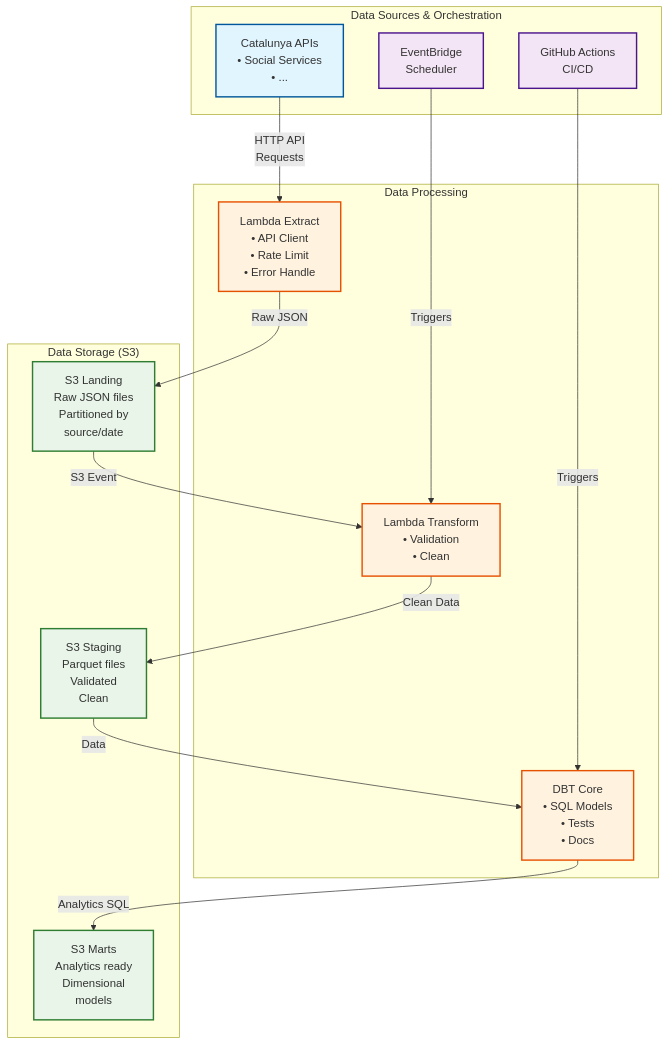
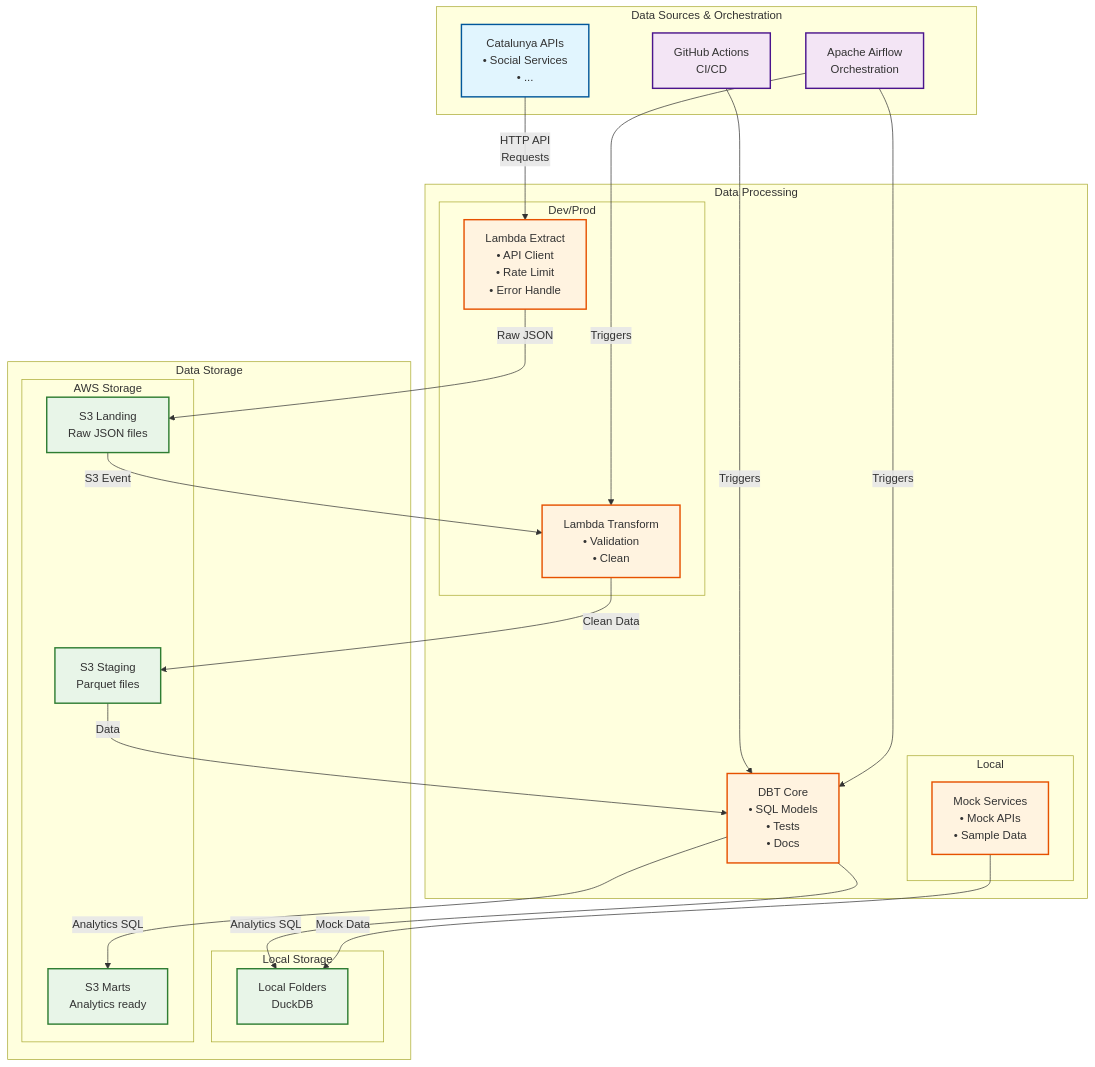
The diagram in docs/architecture.md (vmchura/CloudGentGran), drawn with Mermaid before and after one commit. The commit also changed other lines of this file and 3 other files, not shown here.

````diff
--- a/docs/architecture.md
+++ b/docs/architecture.md
@@ -10,46 +32,62 @@
 ```mermaid
 graph TB
     %% Top Row - Sources and Orchestration
     subgraph "Data Sources & Orchestration"
         API[Catalunya APIs<br/>• Social Services<br/>• ...]
-        EB[EventBridge<br/>Scheduler]
+        AF[Apache Airflow<br/>Orchestration]
         GHA[GitHub Actions<br/>CI/CD]
     end
     
     %% Middle Row - Processing
     subgraph "Data Processing"
-        LE[Lambda Extract<br/>• API Client<br/>• Rate Limit<br/>• Error Handle]
-        LT[Lambda Transform<br/>• Validation<br/>• Clean]
+        subgraph "Local"
+            LM[Mock Services<br/>• Mock APIs<br/>• Sample Data]
+        end
+        subgraph "Dev/Prod"
+            LE[Lambda Extract<br/>• API Client<br/>• Rate Limit<br/>• Error Handle]
+            LT[Lambda Transform<br/>• Validation<br/>• Clean]
+        end
         DBT[DBT Core<br/>• SQL Models<br/>• Tests<br/>• Docs]
     end
     
     %% Bottom Row - Storage
-    subgraph "Data Storage (S3)"
-        S3L[S3 Landing<br/>Raw JSON files<br/>Partitioned by<br/>source/date]
-        S3S[S3 Staging<br/>Parquet files<br/>Validated<br/>Clean]
-        S3M[S3 Marts<br/>Analytics ready<br/>Dimensional<br/>models]
+    subgraph "Data Storage"
+        subgraph "Local Storage"
+            LS[Local Folders<br/>DuckDB]
+        end
+        subgraph "AWS Storage"
+            S3L[S3 Landing<br/>Raw JSON files]
+            S3S[S3 Staging<br/>Parquet files]
+            S3M[S3 Marts<br/>Analytics ready]
+        end
     end
     
     %% Connections
     API -->|HTTP API<br/>Requests|LE
-    EB -->|Triggers|LT
-    GHA -->|Triggers| DBT
+    AF -->|Triggers|LT
+    AF -->|Triggers|DBT
+    GHA -->|Triggers|DBT
     
+    %% Local flow
+    LM -->|Mock Data|LS
+    
+    %% AWS flow
     LE -->|Raw JSON|S3L
     LT -->|Clean Data|S3S
     DBT -->|Analytics SQL|S3M
+    DBT -->|Analytics SQL|LS
     
     S3L -->|S3 Event|LT
     S3S -->|Data|DBT
     
     %% Styling
     classDef apiClass fill: #e1f5fe, stroke: #01579b, stroke-width: 2px
     classDef processClass fill: #fff3e0, stroke: #e65100, stroke-width: 2px
     classDef storageClass fill: #e8f5e8, stroke: #2e7d32, stroke-width: 2px
     classDef orchestrationClass fill: #f3e5f5, stroke: #4a148c, stroke-width: 2px
     
     class API apiClass
-    class LE,LT,DBT processClass
-    class S3L,S3S,S3M storageClass
-    class EB,GHA orchestrationClass
+    class LE,LT,DBT,LM processClass
+    class S3L,S3S,S3M,LS storageClass
+    class AF,GHA orchestrationClass
 ```
````
